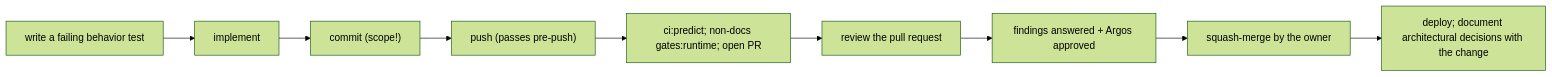
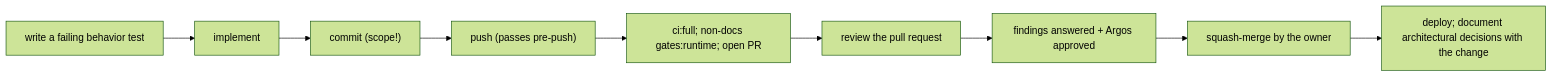
One commit to erikunha/portfolio changed the diagram in docs/handbook/onboarding.md. Above: the diagram before and after it, drawn with Mermaid (forest theme). The commit also changed other lines of this file and 1454 other files, not shown here.

First line of the commit message:
refactor(architecture): milestones M0 to M14 and native ci:full (#423)

````diff
--- a/docs/handbook/onboarding.md
+++ b/docs/handbook/onboarding.md
@@ -26,8 +26,8 @@
 ```mermaid
 flowchart LR
     tdd["write a failing behavior test"] --> edit["implement"] --> commit["commit (scope!)"]
     commit --> push["push (passes pre-push)"]
-    push --> pr["ci:predict; non-docs gates:runtime; open PR"]
+    push --> pr["ci:full; non-docs gates:runtime; open PR"]
     pr --> conv["review the pull request"] --> ready["findings answered + Argos approved"] --> merge["squash-merge by the owner"]
     merge --> deploy["deploy; document architectural decisions with the change"]
 ```
````
